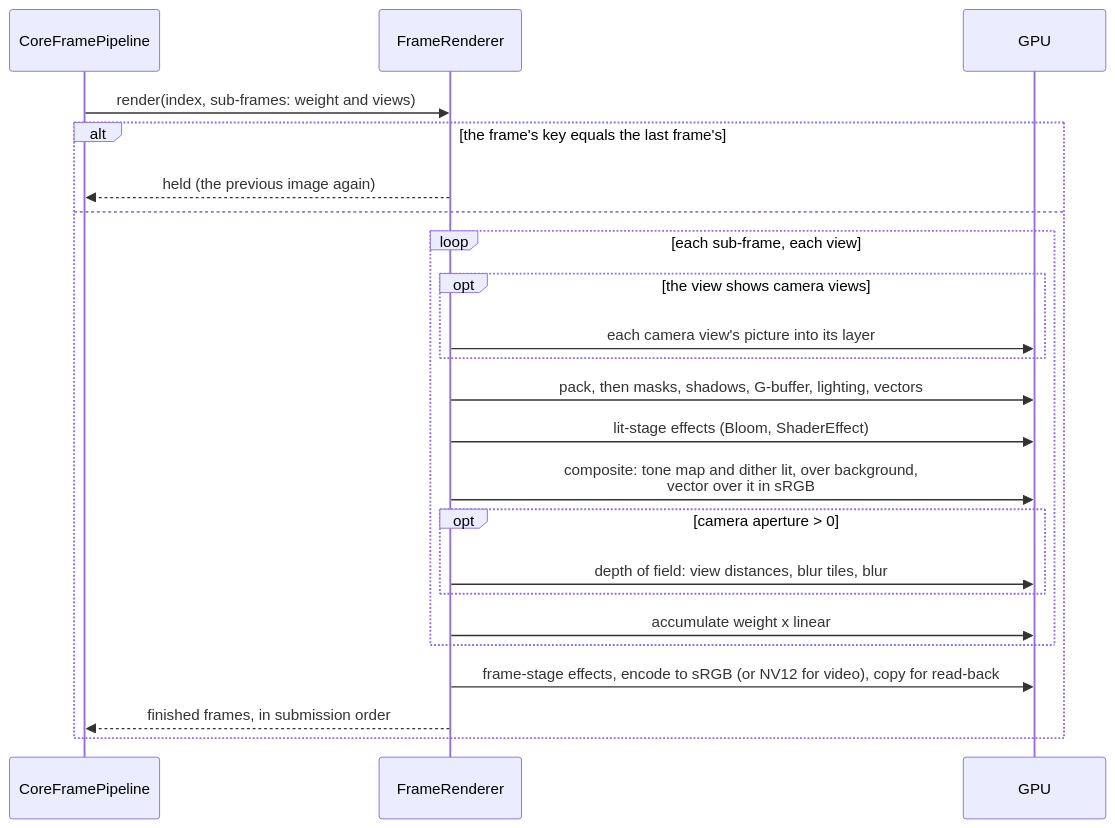
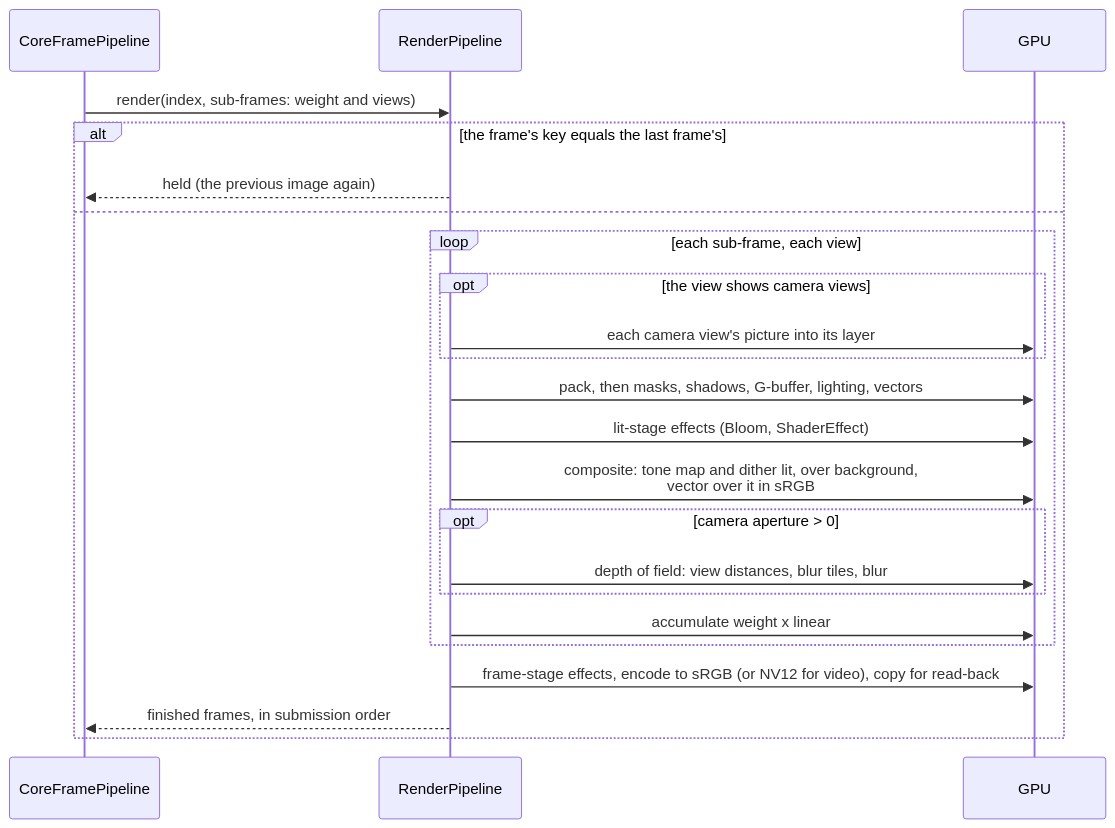
Before and after one commit to MrDiver/manim: the fourth of 5 diagrams in manimx/manimx/renderer/README.md, drawn with Mermaid. The commit also changed other lines of this file and 7 other files, not shown here.

````diff
--- a/manimx/manimx/renderer/README.md
+++ b/manimx/manimx/renderer/README.md
@@ -349,26 +349,26 @@
 ```mermaid
 sequenceDiagram
     participant Py as CoreFramePipeline
-    participant FR as FrameRenderer
+    participant FR as RenderPipeline
     participant GPU
 
     Py->>FR: render(index, sub-frames: weight and views)
     alt the frame's key equals the last frame's
         FR-->>Py: held (the previous image again)
     else
         loop each sub-frame, each view
             opt the view shows camera views
                 FR->>GPU: each camera view's picture into its layer
             end
             FR->>GPU: pack, then masks, shadows, G-buffer, lighting, vectors
             FR->>GPU: lit-stage effects (Bloom, ShaderEffect)
             FR->>GPU: composite: tone map and dither lit, over background,<br/>vector over it in sRGB
             opt camera aperture > 0
                 FR->>GPU: depth of field: view distances, blur tiles, blur
             end
             FR->>GPU: accumulate weight x linear
         end
         FR->>GPU: frame-stage effects, encode to sRGB (or NV12 for video), copy for read-back
         FR-->>Py: finished frames, in submission order
     end
 ```
````
